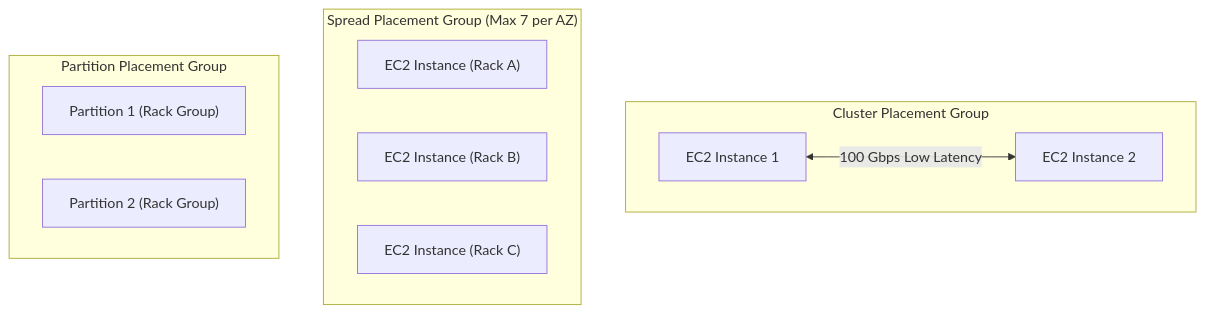
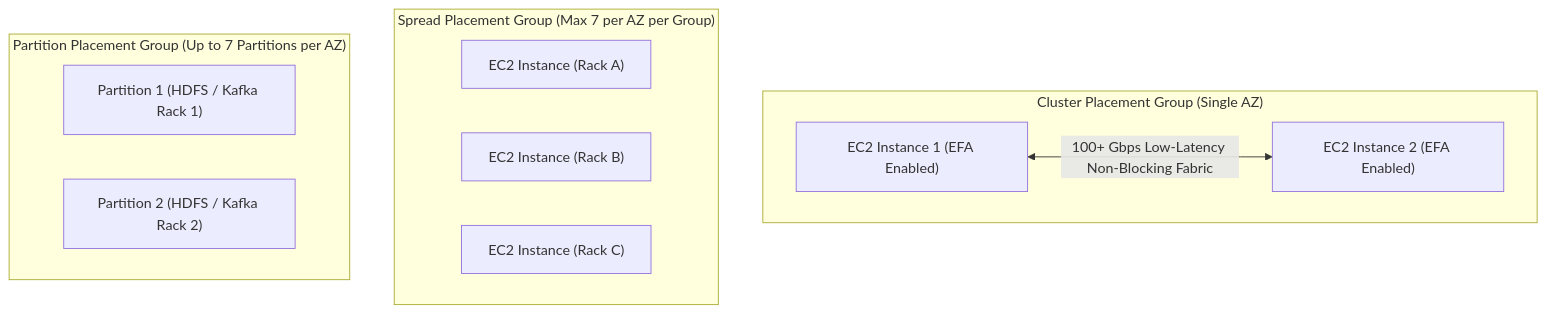
The diagram in AWS_Solutions_Architect_Professional/Domain_3_Continuous_Improvement/Study_Guide.md (kendricklawton/technical), drawn with Mermaid before and after one commit. The commit also changed other lines of this file and 93 other files, not shown here.

````diff
--- a/AWS_Solutions_Architect_Professional/Domain_3_Continuous_Improvement/Study_Guide.md
+++ b/AWS_Solutions_Architect_Professional/Domain_3_Continuous_Improvement/Study_Guide.md
@@ -23,17 +39,17 @@
 ```mermaid
 flowchart TD
-    subgraph Cluster["Cluster Placement Group"]
-        C1["EC2 Instance 1"] <-->|100 Gbps Low Latency| C2["EC2 Instance 2"]
+    subgraph Cluster["Cluster Placement Group (Single AZ)"]
+        C1["EC2 Instance 1 (EFA Enabled)"] <-->|"100+ Gbps Low-Latency Non-Blocking Fabric"| C2["EC2 Instance 2 (EFA Enabled)"]
     end
 
-    subgraph Spread["Spread Placement Group (Max 7 per AZ)"]
+    subgraph Spread["Spread Placement Group (Max 7 per AZ per Group)"]
         S1["EC2 Instance (Rack A)"]
         S2["EC2 Instance (Rack B)"]
         S3["EC2 Instance (Rack C)"]
     end
 
-    subgraph Partition["Partition Placement Group"]
-        P1["Partition 1 (Rack Group)"]
-        P2["Partition 2 (Rack Group)"]
+    subgraph Partition["Partition Placement Group (Up to 7 Partitions per AZ)"]
+        P1["Partition 1 (HDFS / Kafka Rack 1)"]
+        P2["Partition 2 (HDFS / Kafka Rack 2)"]
     end
 ```
````
